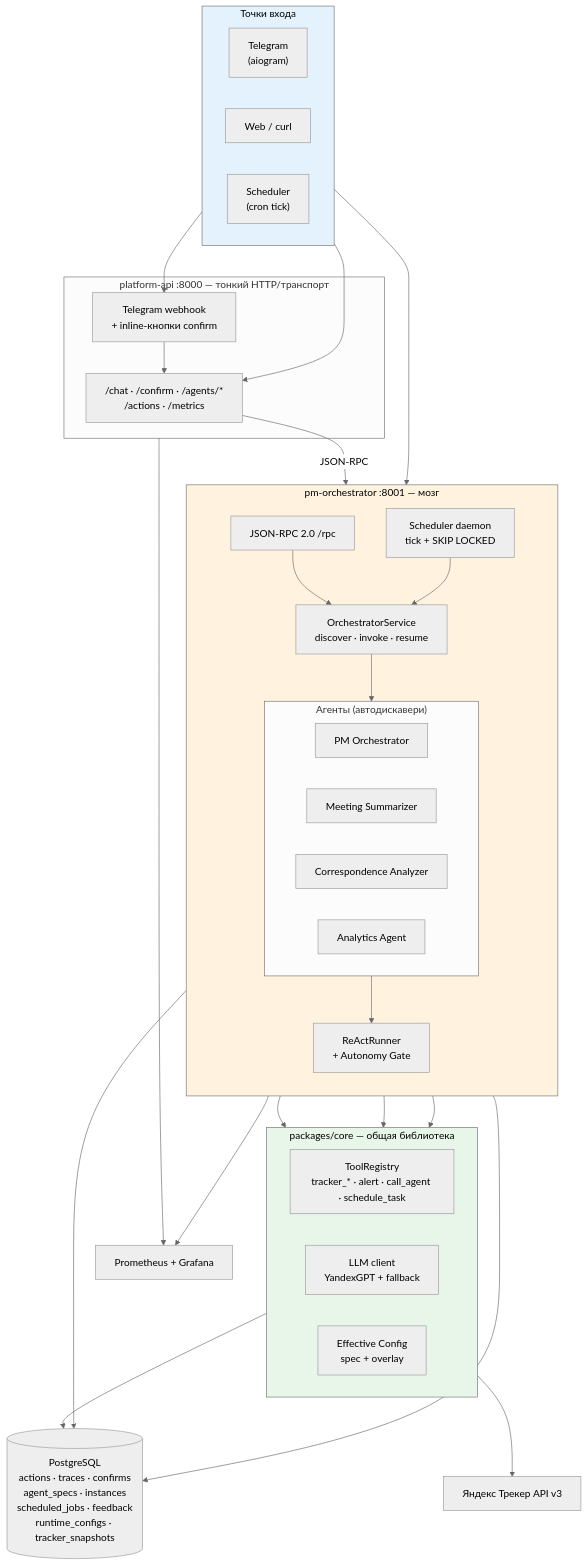
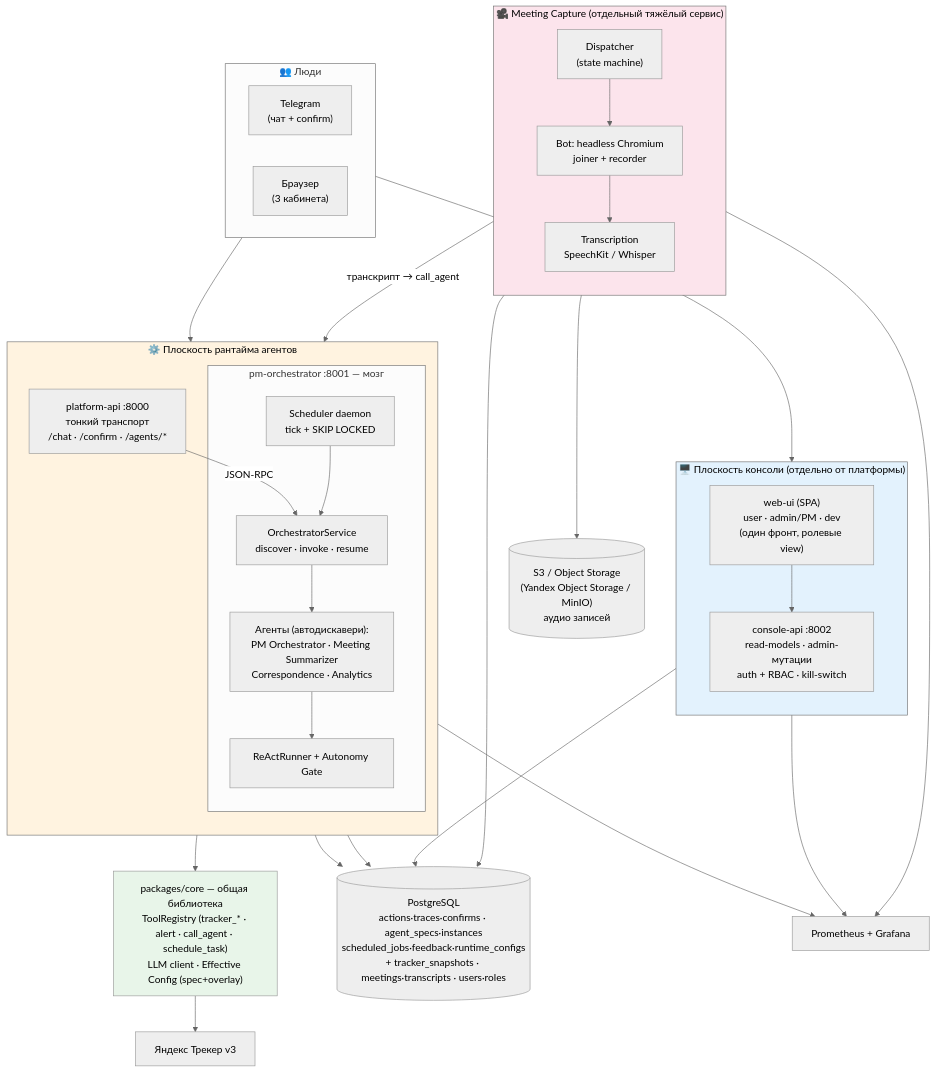
The fifth of 12 diagrams in docs/TARGET_ARCHITECTURE.md (Kasuich/telegram_scrum_master), drawn with Mermaid (neutral theme) before and after one commit. The commit also changed other lines of this file, not shown here.

First line of the commit message:
docs: add GUI plane (console-api + web-ui), meeting-capture service, S3

````diff
--- a/docs/TARGET_ARCHITECTURE.md
+++ b/docs/TARGET_ARCHITECTURE.md
@@ -192,59 +198,64 @@
 ```mermaid
 flowchart TB
-    subgraph entry["Точки входа"]
+    subgraph people["👥 Люди"]
         direction LR
-        TG["Telegram<br/>(aiogram)"]
-        WEB["Web / curl"]
-        CRON["Scheduler<br/>(cron tick)"]
+        TGU["Telegram<br/>(чат + confirm)"]
+        BROWSER["Браузер<br/>(3 кабинета)"]
     end
 
-    subgraph api["platform-api :8000 — тонкий HTTP/транспорт"]
-        ROUTES["/chat · /confirm · /agents/*<br/>/actions · /metrics"]
-        TGADAPTER["Telegram webhook<br/>+ inline-кнопки confirm"]
+    %% ===== ПЛОСКОСТЬ РАНТАЙМА АГЕНТОВ =====
+    subgraph runtime["⚙️ Плоскость рантайма агентов"]
+        direction TB
+        API["platform-api :8000<br/>тонкий транспорт<br/>/chat · /confirm · /agents/*"]
+        subgraph orch["pm-orchestrator :8001 — мозг"]
+            SVC["OrchestratorService<br/>discover · invoke · resume"]
+            AGENTS["Агенты (автодискавери):<br/>PM Orchestrator · Meeting Summarizer<br/>Correspondence · Analytics"]
+            RUNNER["ReActRunner + Autonomy Gate"]
+            SCHED["Scheduler daemon<br/>tick + SKIP LOCKED"]
+        end
     end
 
-    subgraph orch["pm-orchestrator :8001 — мозг"]
+    %% ===== ПЛОСКОСТЬ КОНСОЛИ (GUI) =====
+    subgraph console["🖥️ Плоскость консоли (отдельно от платформы)"]
         direction TB
-        RPC["JSON-RPC 2.0 /rpc"]
-        SVC["OrchestratorService<br/>discover · invoke · resume"]
-        subgraph agents["Агенты (автодискавери)"]
-            PM["PM Orchestrator"]
-            MS["Meeting Summarizer"]
-            CA["Correspondence Analyzer"]
-            AN["Analytics Agent"]
-        end
-        RUNNER["ReActRunner<br/>+ Autonomy Gate"]
-        SCHED["Scheduler daemon<br/>tick + SKIP LOCKED"]
+        UI["web-ui (SPA)<br/>user · admin/PM · dev<br/>(один фронт, ролевые view)"]
+        CAPI["console-api :8002<br/>read-models · admin-мутации<br/>auth + RBAC · kill-switch"]
+        UI --> CAPI
     end
 
-    subgraph corelib["packages/core — общая библиотека"]
-        direction LR
-        TOOLS["ToolRegistry<br/>tracker_* · alert · call_agent · schedule_task"]
-        LLMC["LLM client<br/>YandexGPT + fallback"]
-        EFFCFG["Effective Config<br/>spec + overlay"]
+    %% ===== ПЛОСКОСТЬ ЗАХВАТА ВСТРЕЧ =====
+    subgraph capture["🎥 Meeting Capture (отдельный тяжёлый сервис)"]
+        direction TB
+        DISP["Dispatcher<br/>(state machine)"]
+        BOT["Bot: headless Chromium<br/>joiner + recorder"]
+        STT["Transcription<br/>SpeechKit / Whisper"]
+        DISP --> BOT --> STT
     end
 
-    PG[("PostgreSQL<br/>actions · traces · confirms<br/>agent_specs · instances<br/>scheduled_jobs · feedback<br/>runtime_configs · tracker_snapshots")]
-    TRACKER["Яндекс Трекер API v3"]
+    CORE["packages/core — общая библиотека<br/>ToolRegistry (tracker_* · alert · call_agent · schedule_task)<br/>LLM client · Effective Config (spec+overlay)"]
+    PG[("PostgreSQL<br/>actions·traces·confirms · agent_specs·instances<br/>scheduled_jobs·feedback·runtime_configs<br/>+ tracker_snapshots · meetings·transcripts · users·roles")]
+    TRACKER["Яндекс Трекер v3"]
+    OBJ[("S3 / Object Storage<br/>(Yandex Object Storage / MinIO)<br/>аудио записей")]
     GRAF["Prometheus + Grafana"]
 
-    TG --> TGADAPTER --> ROUTES
-    WEB --> ROUTES
-    CRON --> SCHED
-    ROUTES -->|"JSON-RPC"| RPC
-    RPC --> SVC --> agents --> RUNNER
-    RUNNER --> TOOLS
-    RUNNER --> LLMC
-    RUNNER --> EFFCFG
+    TGU --> API
+    BROWSER --> UI
+    API -->|"JSON-RPC"| SVC --> AGENTS --> RUNNER
     SCHED --> SVC
-    TOOLS --> TRACKER
+    RUNNER --> CORE
+    CORE --> TRACKER
     RUNNER --> PG
-    EFFCFG --> PG
+    CAPI --> PG
     SCHED --> PG
-    orch --> GRAF
-    api --> GRAF
+    STT -->|"транскрипт → call_agent"| SVC
+    BOT --> OBJ
+    DISP --> PG
+    runtime --> GRAF
+    console --> GRAF
+    capture --> GRAF
 
-    style entry fill:#e3f2fd,color:#000
-    style orch fill:#fff3e0,color:#000
-    style corelib fill:#e8f5e9,color:#000
+    style runtime fill:#fff3e0,color:#000
+    style console fill:#e3f2fd,color:#000
+    style capture fill:#fce4ec,color:#000
+    style CORE fill:#e8f5e9,color:#000
 ```
````
